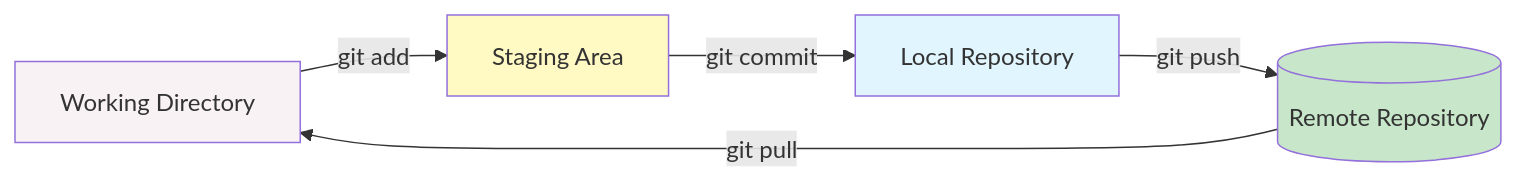
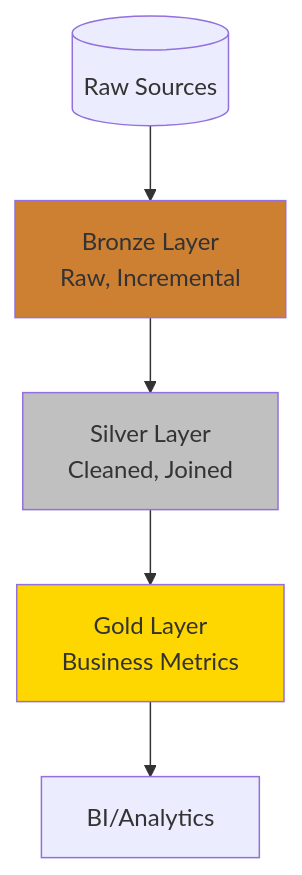
One commit to HemantSahuGit/data-engineering-notes changed the fifth of 17 diagrams in DBT/dbt_airbnb.md. Above: the diagram before and after it, drawn with Mermaid. The commit also changed other lines of this file, not shown here.

````diff
--- a/DBT/dbt_airbnb.md
+++ b/DBT/dbt_airbnb.md
@@ -280,12 +415,11 @@
-  ```mermaid
-  graph LR
-      A[Working Directory] -- "git add" --> B[Staging Area]
-      B -- "git commit" --> C[Local Repository]
-      C -- "git push" --> D[(Remote Repository)]
-      D -- "git pull" --> A
-      
-      style A fill:#f9f2f4
-      style B fill:#fff9c4
-      style C fill:#e1f5fe
-      style D fill:#c8e6c9
-  ```
+```mermaid
+graph TD
+    A[(Raw Sources)] --> B[Bronze Layer<br>Raw, Incremental]
+    B --> C[Silver Layer<br>Cleaned, Joined]
+    C --> D[Gold Layer<br>Business Metrics]
+    D --> E[BI/Analytics]
+    
+    style B fill:#CD7F32
+    style C fill:#C0C0C0
+    style D fill:#FFD700
+```
````
